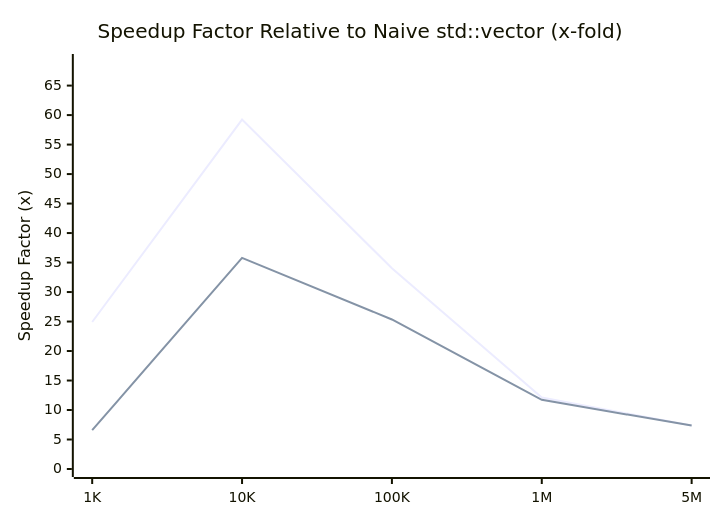
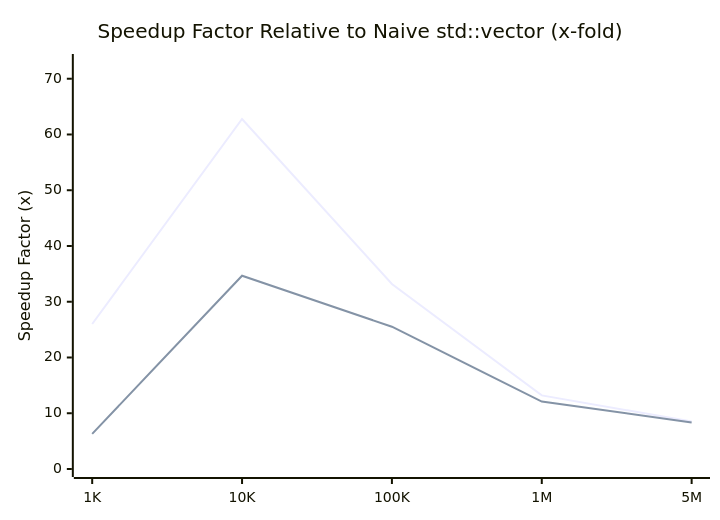
The second of 2 diagrams in docs/benchmarks.md (maithreyanprabhu2907-prog/Vector), drawn with Mermaid before and after one commit. The commit also changed other lines of this file and 3 other files, not shown here.

````diff
--- a/docs/benchmarks.md
+++ b/docs/benchmarks.md
@@ -70,8 +79,8 @@
 ```mermaid
 xychart-beta
     title "Speedup Factor Relative to Naive std::vector (x-fold)"
     x-axis ["1K", "10K", "100K", "1M", "5M"]
-    y-axis "Speedup Factor (x)" 0 --> 69
-    line [24.92, 59.24, 34.03, 12.12, 7.36]
-    line [6.59, 35.80, 25.35, 11.73, 7.36]
+    y-axis "Speedup Factor (x)" 0 --> 73
+    line [26.01, 62.78, 33.18, 13.20, 8.51]
+    line [6.31, 34.67, 25.52, 12.09, 8.36]
 ```
````
